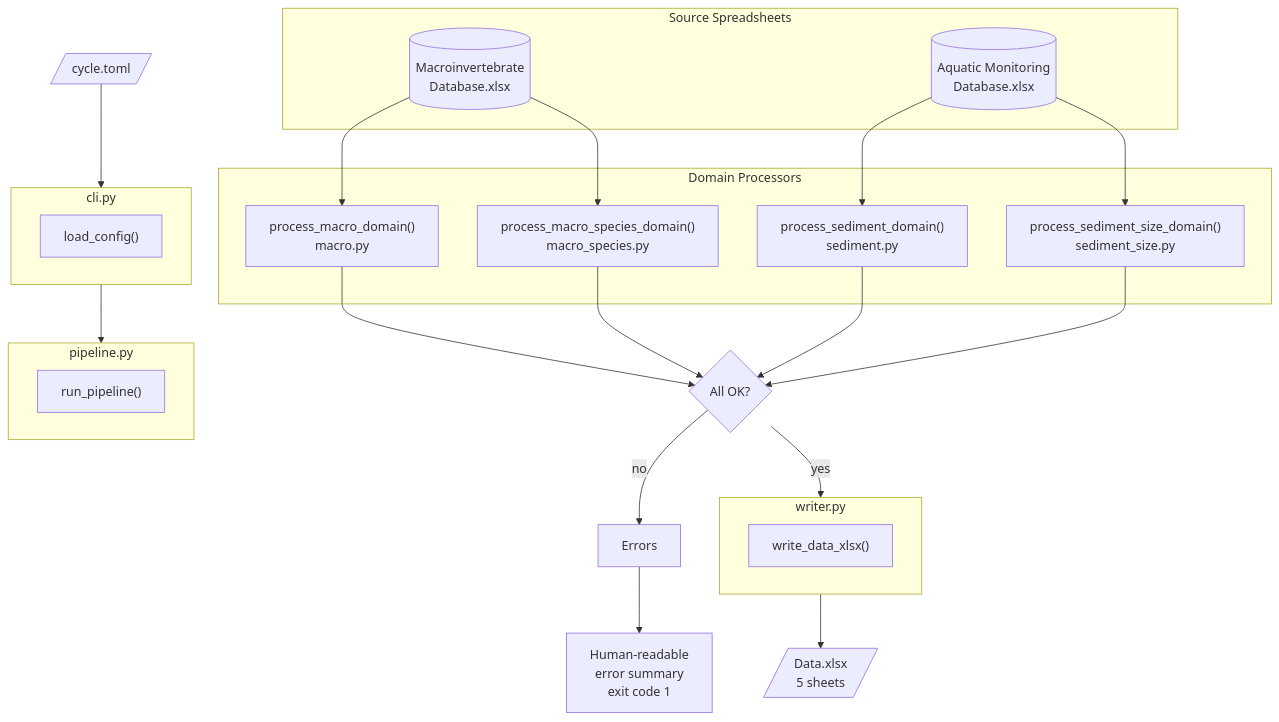
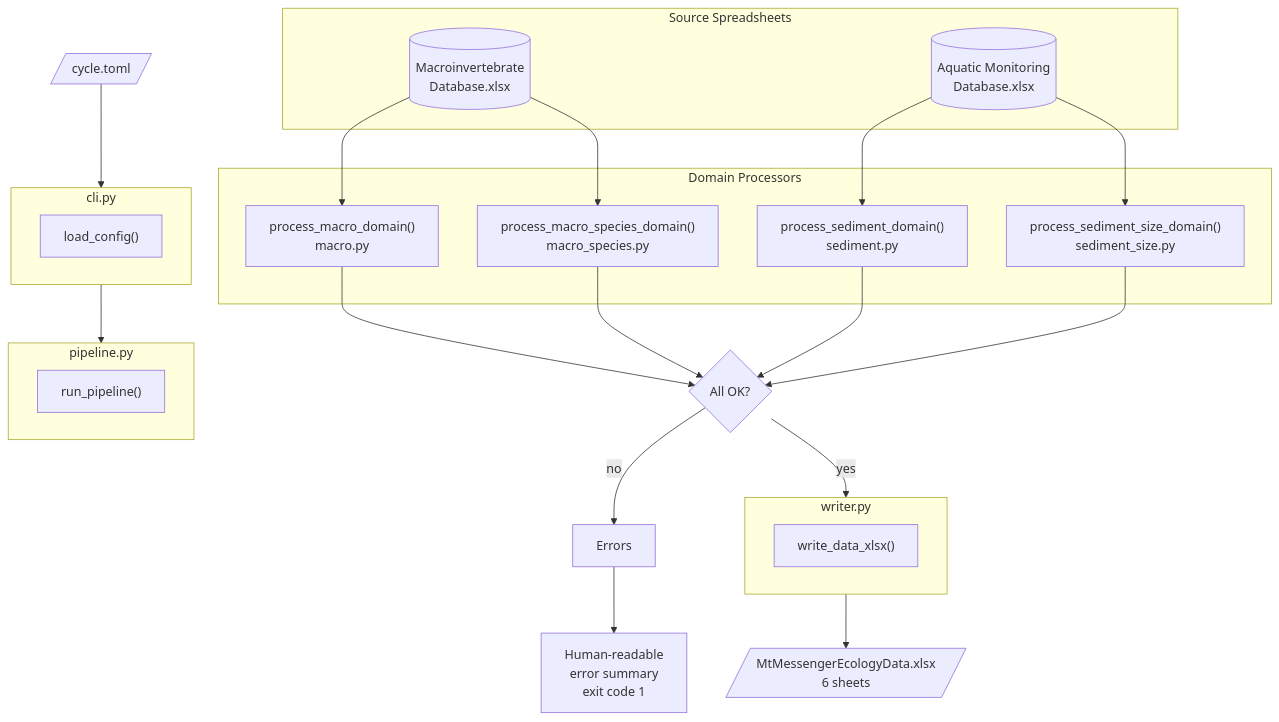
One commit to tonkintaylor/p-100181.4600-mt-messenger-ecology changed the diagram in README.md. Above: the diagram before and after it, drawn with Mermaid. The commit also changed 3 other files, not shown here.

First line of the commit message:
refactor: rename Data.xlsx to MtMessengerEcologyData.xlsx (#24)

````diff
--- a/README.md
+++ b/README.md
@@ -19,47 +19,47 @@
 ```mermaid
 flowchart TD
     Config[/"cycle.toml"/] --> CLI
 
     subgraph CLI ["cli.py"]
         LoadConfig["load_config()"]
     end
 
     CLI --> Pipeline
 
     subgraph Pipeline ["pipeline.py"]
         RunPipeline["run_pipeline()"]
     end
 
     subgraph Sources ["Source Spreadsheets"]
         MacroDB[("Macroinvertebrate\nDatabase.xlsx")]
         AquaticDB[("Aquatic Monitoring\nDatabase.xlsx")]
     end
 
     MacroDB --> Macro
     MacroDB --> MacroSpecies
     AquaticDB --> Sediment
     AquaticDB --> SedimentSize
 
     subgraph Domains ["Domain Processors"]
         Macro["process_macro_domain()\nmacro.py"]
         MacroSpecies["process_macro_species_domain()\nmacro_species.py"]
         Sediment["process_sediment_domain()\nsediment.py"]
         SedimentSize["process_sediment_size_domain()\nsediment_size.py"]
     end
 
     Macro --> Merge
     MacroSpecies --> Merge
     Sediment --> Merge
     SedimentSize --> Merge
 
     Merge{All OK?}
     Merge -->|yes| Writer
     Merge -->|no| Errors
 
     subgraph Writer ["writer.py"]
         WriteXlsx["write_data_xlsx()"]
     end
 
-    Writer --> Output[/"Data.xlsx\n5 sheets"/]
+    Writer --> Output[/"MtMessengerEcologyData.xlsx\n6 sheets"/]
     Errors --> ErrReport["Human-readable\nerror summary\nexit code 1"]
 ```
````
